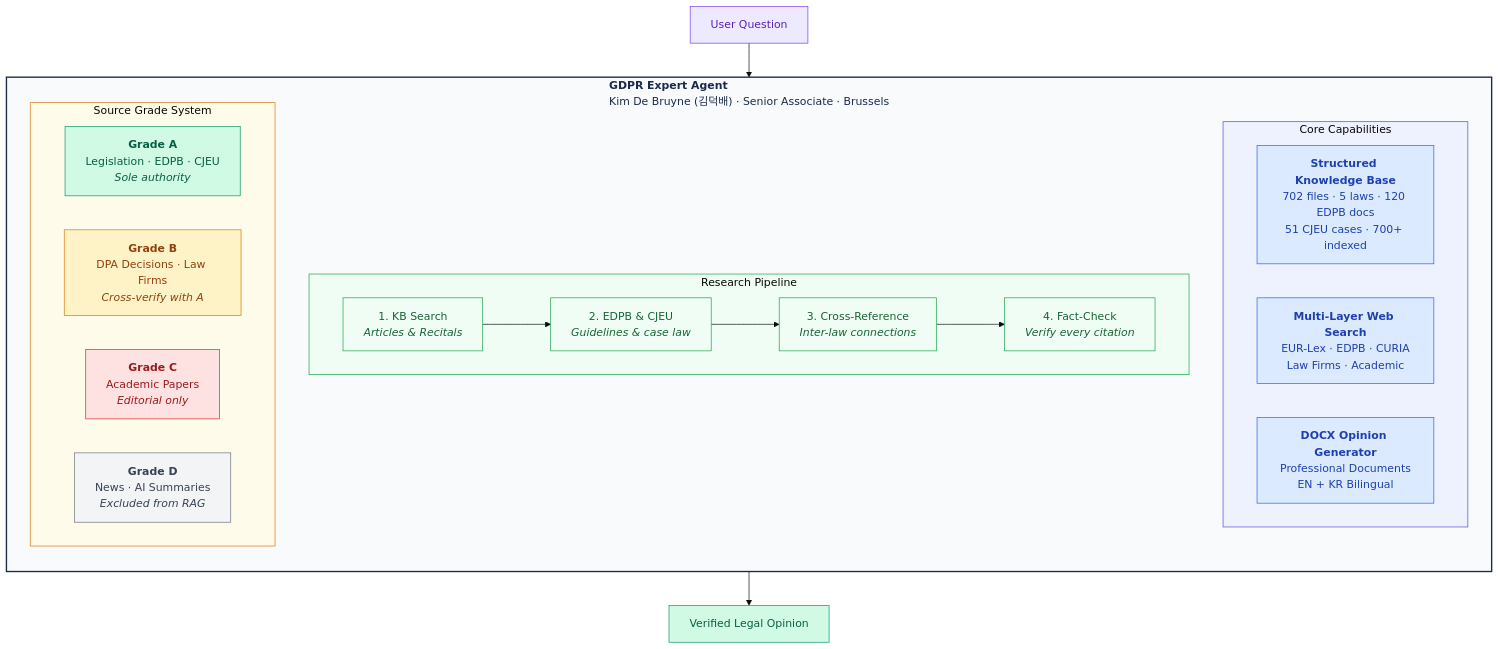
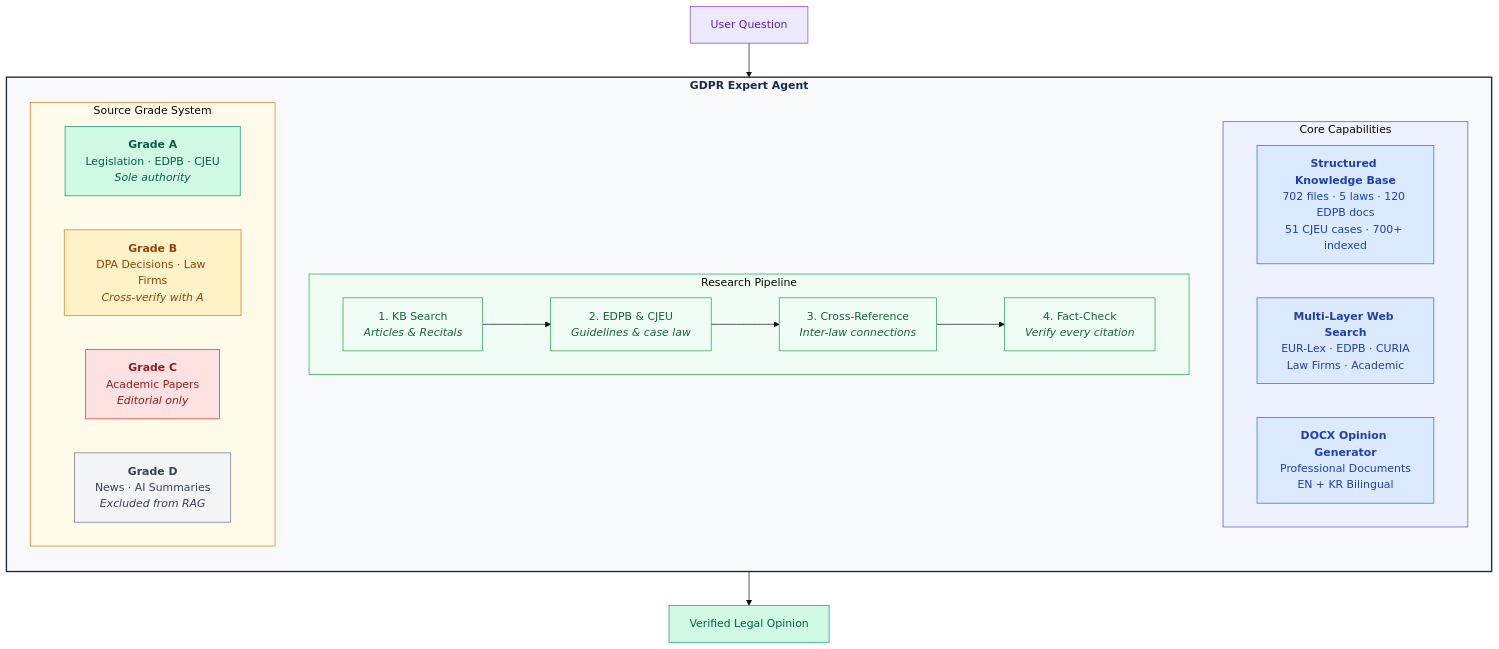
The first of 3 diagrams in README.md (lowtidebuild/GDPR-expert), drawn with Mermaid (base theme) before and after one commit. The commit also changed other lines of this file and 1 other file, not shown here.

First line of the commit message:
docs: simplify diagrams and align project roster

````diff
--- a/README.md
+++ b/README.md
@@ -51,51 +51,51 @@
 ```mermaid
 graph TB
-    subgraph agent["<b>GDPR Expert Agent</b><br/>Kim De Bruyne (김덕배) · Senior Associate · Brussels"]
+    subgraph agent["<b>GDPR Expert Agent</b>"]
         direction TB
 
         subgraph core["Core Capabilities"]
             direction LR
             KB["<b>Structured Knowledge Base</b><br/>702 files · 5 laws · 120 EDPB docs<br/>51 CJEU cases · 700+ indexed"]
             WS["<b>Multi-Layer Web Search</b><br/>EUR-Lex · EDPB · CURIA<br/>Law Firms · Academic"]
             DX["<b>DOCX Opinion Generator</b><br/>Professional Documents<br/>EN + KR Bilingual"]
         end
 
         subgraph pipeline["Research Pipeline"]
             direction LR
             S1["1. KB Search<br/><i>Articles & Recitals</i>"]
             S2["2. EDPB & CJEU<br/><i>Guidelines & case law</i>"]
             S3["3. Cross-Reference<br/><i>Inter-law connections</i>"]
             S4["4. Fact-Check<br/><i>Verify every citation</i>"]
             S1 --> S2 --> S3 --> S4
         end
 
         subgraph grades["Source Grade System"]
             direction LR
             GA["<b>Grade A</b><br/>Legislation · EDPB · CJEU<br/><i>Sole authority</i>"]
             GB["<b>Grade B</b><br/>DPA Decisions · Law Firms<br/><i>Cross-verify with A</i>"]
             GC["<b>Grade C</b><br/>Academic Papers<br/><i>Editorial only</i>"]
             GD["<b>Grade D</b><br/>News · AI Summaries<br/><i>Excluded from RAG</i>"]
         end
     end
 
     Q["User Question"] --> S1
     S4 --> O["Verified Legal Opinion"]
 
     style agent fill:#f8fafc,stroke:#1B2A4A,stroke-width:2px,color:#1B2A4A
     style core fill:#eef2ff,stroke:#4f46e5,stroke-width:1px
     style pipeline fill:#f0fdf4,stroke:#16a34a,stroke-width:1px
     style grades fill:#fffbeb,stroke:#d97706,stroke-width:1px
     style KB fill:#dbeafe,stroke:#2563eb,color:#1e40af
     style WS fill:#dbeafe,stroke:#2563eb,color:#1e40af
     style DX fill:#dbeafe,stroke:#2563eb,color:#1e40af
     style GA fill:#d1fae5,stroke:#059669,color:#065f46
     style GB fill:#fef3c7,stroke:#d97706,color:#92400e
     style GC fill:#fee2e2,stroke:#dc2626,color:#991b1b
     style GD fill:#f3f4f6,stroke:#6b7280,color:#374151
     style Q fill:#ede9fe,stroke:#7c3aed,color:#5b21b6
     style O fill:#d1fae5,stroke:#059669,color:#065f46
     style S1 fill:#f0fdf4,stroke:#16a34a,color:#166534
     style S2 fill:#f0fdf4,stroke:#16a34a,color:#166534
     style S3 fill:#f0fdf4,stroke:#16a34a,color:#166534
     style S4 fill:#f0fdf4,stroke:#16a34a,color:#166534
 ```
````
